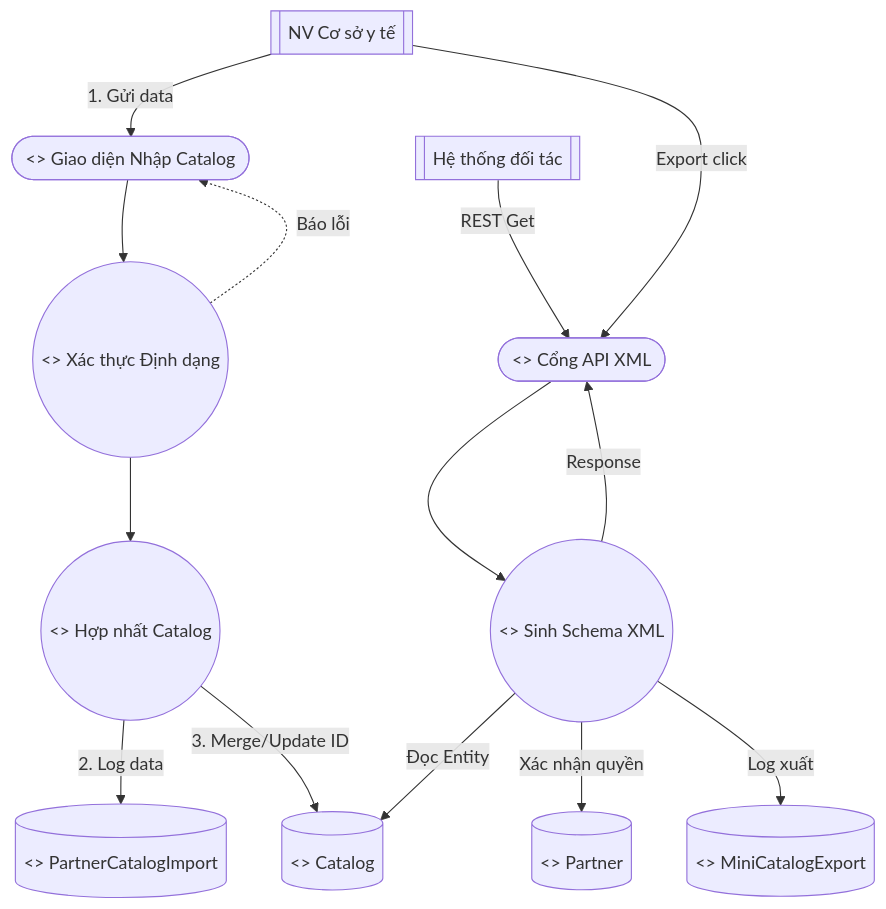
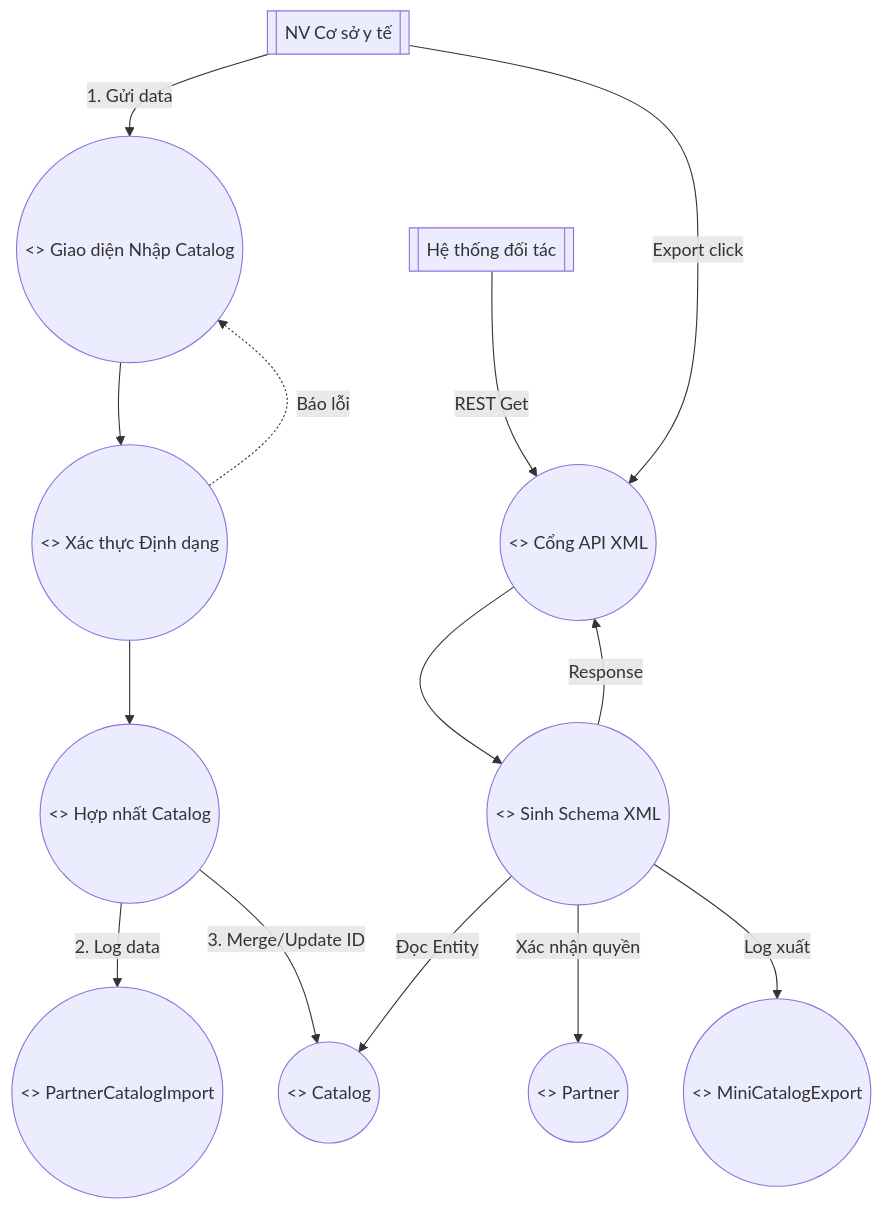
Before and after one commit to qhun22/qq: the ninth of 10 diagrams in README.md, drawn with Mermaid. The commit also changed other lines of this file, not shown here.

````diff
--- a/README.md
+++ b/README.md
@@ -444,34 +335,34 @@
 ```mermaid
 flowchart TD
   A_PRO[[NV Cơ sở y tế]]
   A_PRT[[Hệ thống đối tác]]
   
-  B_IMP([<<boundary>> Giao diện Nhập Catalog])
-  B_EXP([<<boundary>> Cổng API XML])
+  B_IMP((<<boundary>> Giao diện Nhập Catalog))
+  B_EXP((<<boundary>> Cổng API XML))
   
   C_VAL((<<control>> Xác thực Định dạng))
   C_MERGE((<<control>> Hợp nhất Catalog))
   C_GEN((<<control>> Sinh Schema XML))
   
-  E_CAT[(<<entity>> Catalog)]
-  E_PARTNER[(<<entity>> Partner)]
-  E_PRT[(<<entity>> PartnerCatalogImport)]
-  E_EXP[(<<entity>> MiniCatalogExport)]
+  E_CAT((<<entity>> Catalog))
+  E_PARTNER((<<entity>> Partner))
+  E_PRT((<<entity>> PartnerCatalogImport))
+  E_EXP((<<entity>> MiniCatalogExport))
 
   A_PRO -->|1. Gửi data| B_IMP
   B_IMP --> C_VAL
   C_VAL -.->|Báo lỗi| B_IMP
   
   C_VAL --> C_MERGE
   C_MERGE -->|2. Log data| E_PRT
   C_MERGE -->|3. Merge/Update ID| E_CAT
   
   A_PRT -->|REST Get| B_EXP
   A_PRO -->|Export click| B_EXP
   
   B_EXP --> C_GEN
   C_GEN -->|Xác nhận quyền| E_PARTNER
   C_GEN -->|Đọc Entity| E_CAT
   C_GEN -->|Log xuất| E_EXP
   C_GEN -->|Response| B_EXP
 ```
````
